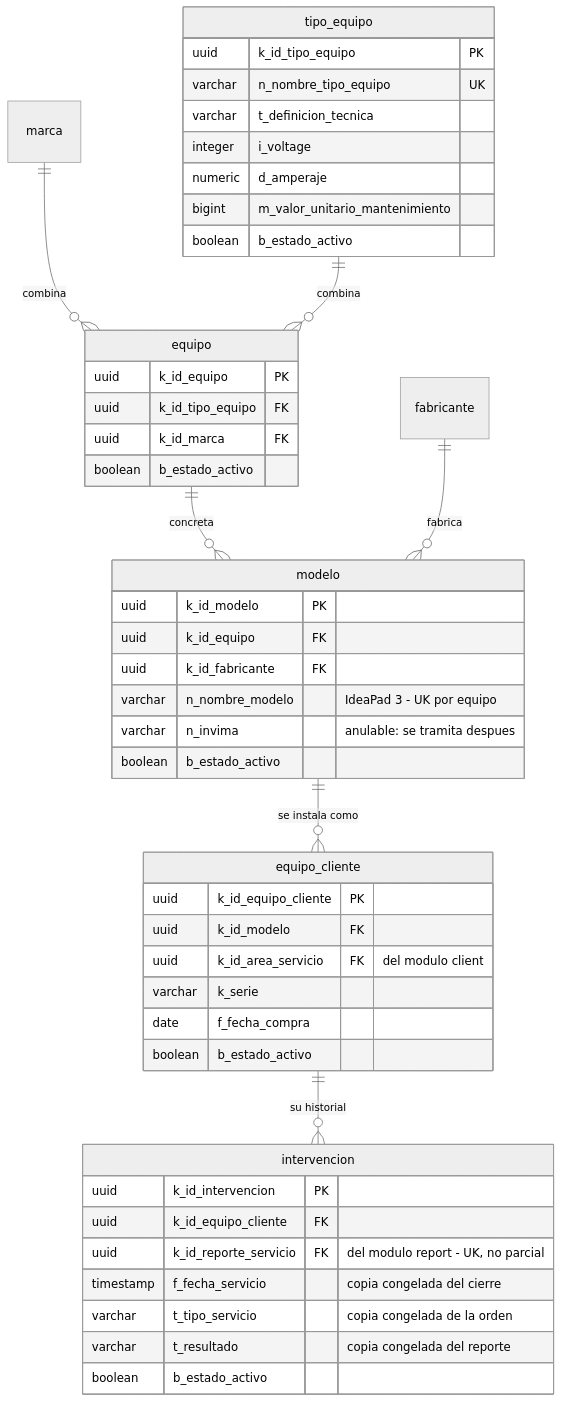
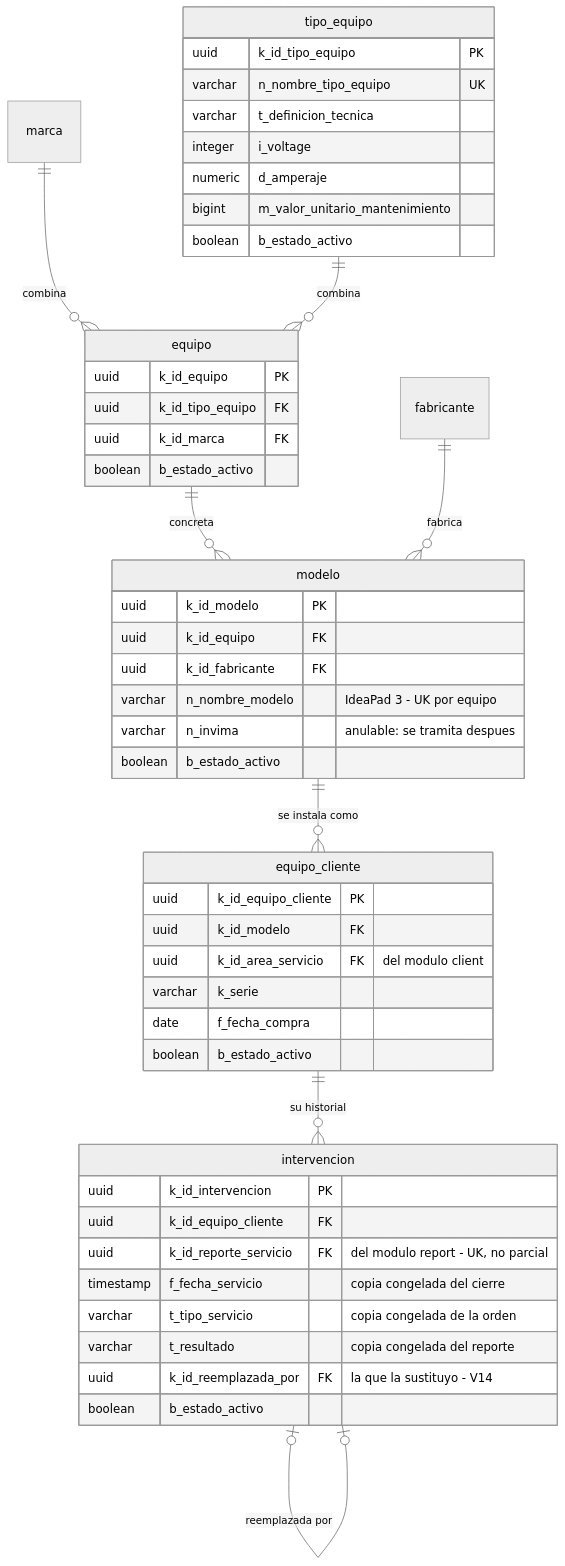
One commit to SeanBol222/MalphasOs changed the fifth of 8 diagrams in SecondBrain/wiki/base-de-datos/esquema-bd-malphasos.md. Above: the diagram before and after it, drawn with Mermaid (neutral theme). The commit also changed other lines of this file and 10 other files, not shown here.

````diff
--- a/SecondBrain/wiki/base-de-datos/esquema-bd-malphasos.md
+++ b/SecondBrain/wiki/base-de-datos/esquema-bd-malphasos.md
@@ -259,49 +265,51 @@
 ```mermaid
 erDiagram
     marca ||--o{ equipo : "combina"
     tipo_equipo ||--o{ equipo : "combina"
     equipo ||--o{ modelo : "concreta"
     fabricante ||--o{ modelo : "fabrica"
     modelo ||--o{ equipo_cliente : "se instala como"
     equipo_cliente ||--o{ intervencion : "su historial"
+    intervencion |o--o| intervencion : "reemplazada por"
     tipo_equipo {
         uuid k_id_tipo_equipo PK
         varchar n_nombre_tipo_equipo UK
         varchar t_definicion_tecnica
         integer i_voltage
         numeric d_amperaje
         bigint m_valor_unitario_mantenimiento
         boolean b_estado_activo
     }
     equipo {
         uuid k_id_equipo PK
         uuid k_id_tipo_equipo FK
         uuid k_id_marca FK
         boolean b_estado_activo
     }
     modelo {
         uuid k_id_modelo PK
         uuid k_id_equipo FK
         uuid k_id_fabricante FK
         varchar n_nombre_modelo "IdeaPad 3 - UK por equipo"
         varchar n_invima "anulable: se tramita despues"
         boolean b_estado_activo
     }
     equipo_cliente {
         uuid k_id_equipo_cliente PK
         uuid k_id_modelo FK
         uuid k_id_area_servicio FK "del modulo client"
         varchar k_serie
         date f_fecha_compra
         boolean b_estado_activo
     }
     intervencion {
         uuid k_id_intervencion PK
         uuid k_id_equipo_cliente FK
         uuid k_id_reporte_servicio FK "del modulo report - UK, no parcial"
         timestamp f_fecha_servicio "copia congelada del cierre"
         varchar t_tipo_servicio "copia congelada de la orden"
         varchar t_resultado "copia congelada del reporte"
+        uuid k_id_reemplazada_por FK "la que la sustituyo - V14"
         boolean b_estado_activo
     }
 ```
````
